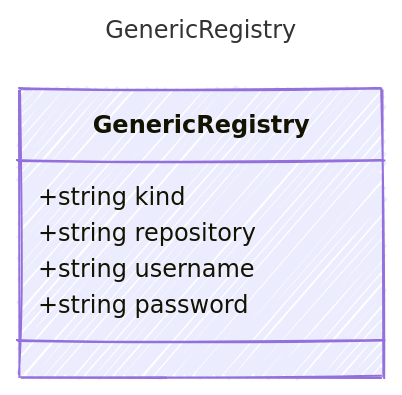
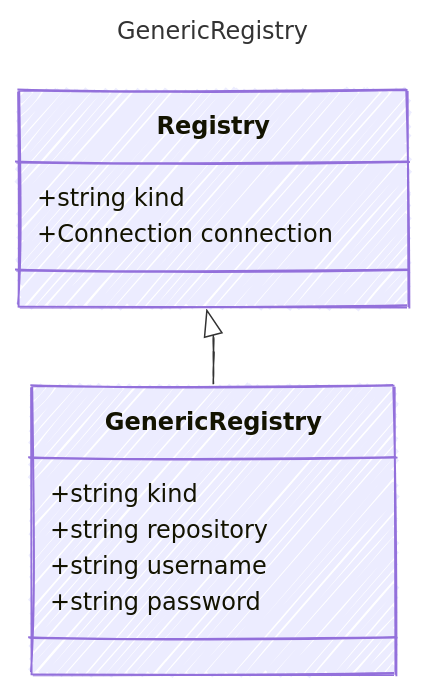
The diagram in specification/prompty/docs/GenericRegistry.md (microsoft/prompty), drawn with Mermaid before and after one commit. The commit also changed 24 other files, not shown here.

````diff
--- a/specification/prompty/docs/GenericRegistry.md
+++ b/specification/prompty/docs/GenericRegistry.md
@@ -7,18 +7,23 @@
 ```mermaid
 ---
 title: GenericRegistry
 config:
   look: handDrawn
   theme: colorful
   class:
     hideEmptyMembersBox: true
 ---
 classDiagram
+    class Registry {
+        +string kind
+        +Connection connection
+    }
+    Registry <|-- GenericRegistry
     class GenericRegistry {
       
         +string kind
         +string repository
         +string username
         +string password
     }
 ```
````
